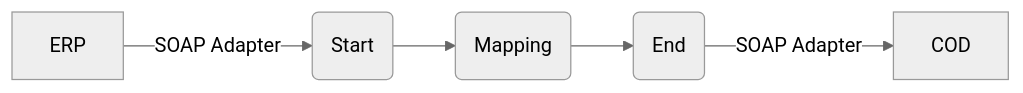
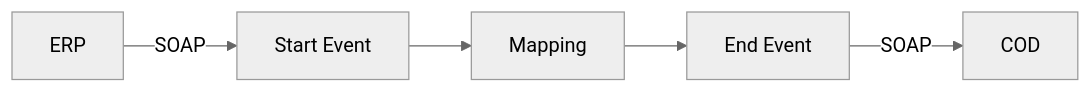
Before and after one commit to Avvale-IA-CICD/AvvaleCPI: the diagram in MMZ - Cell Iflows/Check_Connectivity_from_SAP_Business_Suite_MMZ-1.0.3/readme.md, drawn with Mermaid (neutral theme). The commit also changed other lines of this file, not shown here.

````diff
--- a/MMZ - Cell Iflows/Check_Connectivity_from_SAP_Business_Suite_MMZ-1.0.3/readme.md
+++ b/MMZ - Cell Iflows/Check_Connectivity_from_SAP_Business_Suite_MMZ-1.0.3/readme.md
@@ -4,7 +4,8 @@
 ```mermaid
 graph LR
-    ERP[ERP] -->|SOAP Adapter| StartEvent(Start)
-    StartEvent --> Mapping(Mapping)
-    Mapping --> EndEvent(End)
-    EndEvent -->|SOAP Adapter| COD[COD]
+    ERP[ERP] -->|SOAP| StartEvent;
+    StartEvent[Start Event] --> Mapping;
+    Mapping[Mapping];
+    Mapping --> EndEvent;
+    EndEvent[End Event] -->|SOAP| COD[COD];
 ```
````
